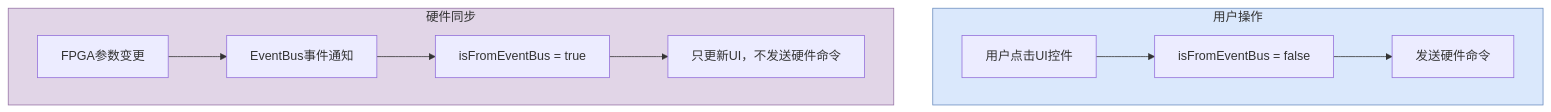
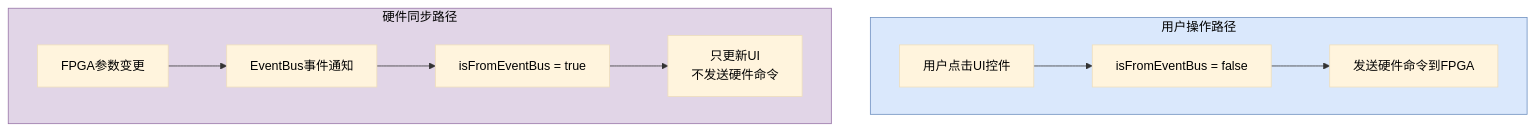
Before and after one commit to beginbeyond2/mic: the seventh of 8 diagrams in 逻辑触发器数据流程.md, drawn with Mermaid. The commit also changed other lines of this file and 39 other files, not shown here.

````diff
--- a/逻辑触发器数据流程.md
+++ b/逻辑触发器数据流程.md
@@ -376,21 +389,21 @@
 ```mermaid
+%%{init: {'theme': 'base', 'themeVariables': { 'primaryTextColor': '#000', 'secondaryTextColor': '#000', 'tertiaryTextColor': '#000', 'lineColor': '#333', 'textColor': '#000'}}}%%
 flowchart TB
-    subgraph UserOp["用户操作"]
+    subgraph UserOp["用户操作路径"]
         U1[用户点击UI控件]
         U2[isFromEventBus = false]
-        U3[发送硬件命令]
+        U3[发送硬件命令到FPGA]
+        U1 --> U2 --> U3
     end
 
-    subgraph HwSync["硬件同步"]
+    subgraph HwSync["硬件同步路径"]
         H1[FPGA参数变更]
         H2[EventBus事件通知]
         H3[isFromEventBus = true]
-        H4[只更新UI，不发送硬件命令]
+        H4[只更新UI<br/>不发送硬件命令]
+        H1 --> H2 --> H3 --> H4
     end
 
-    U1 --> U2 --> U3
-    H1 --> H2 --> H3 --> H4
-
-    style UserOp fill:#dae8fc,stroke:#6c8ebf
-    style HwSync fill:#e1d5e7,stroke:#9673a6
+    style UserOp fill:#dae8fc,stroke:#6c8ebf,color:#000
+    style HwSync fill:#e1d5e7,stroke:#9673a6,color:#000
 ```
````
